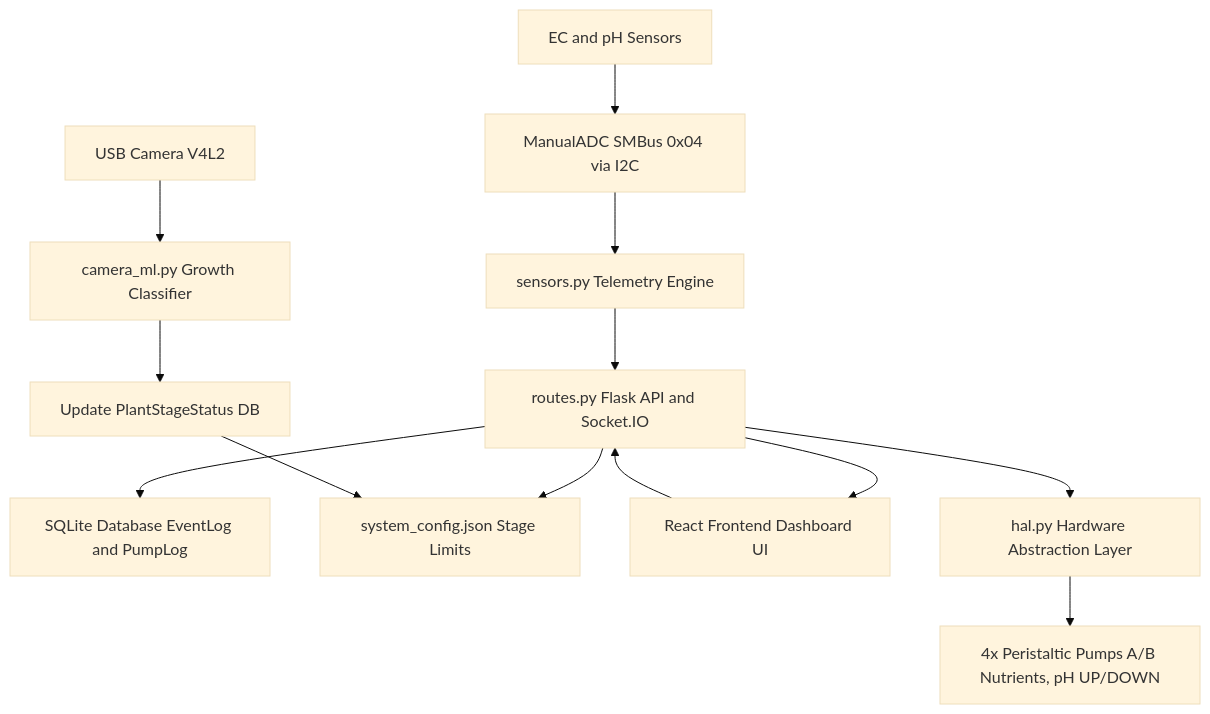
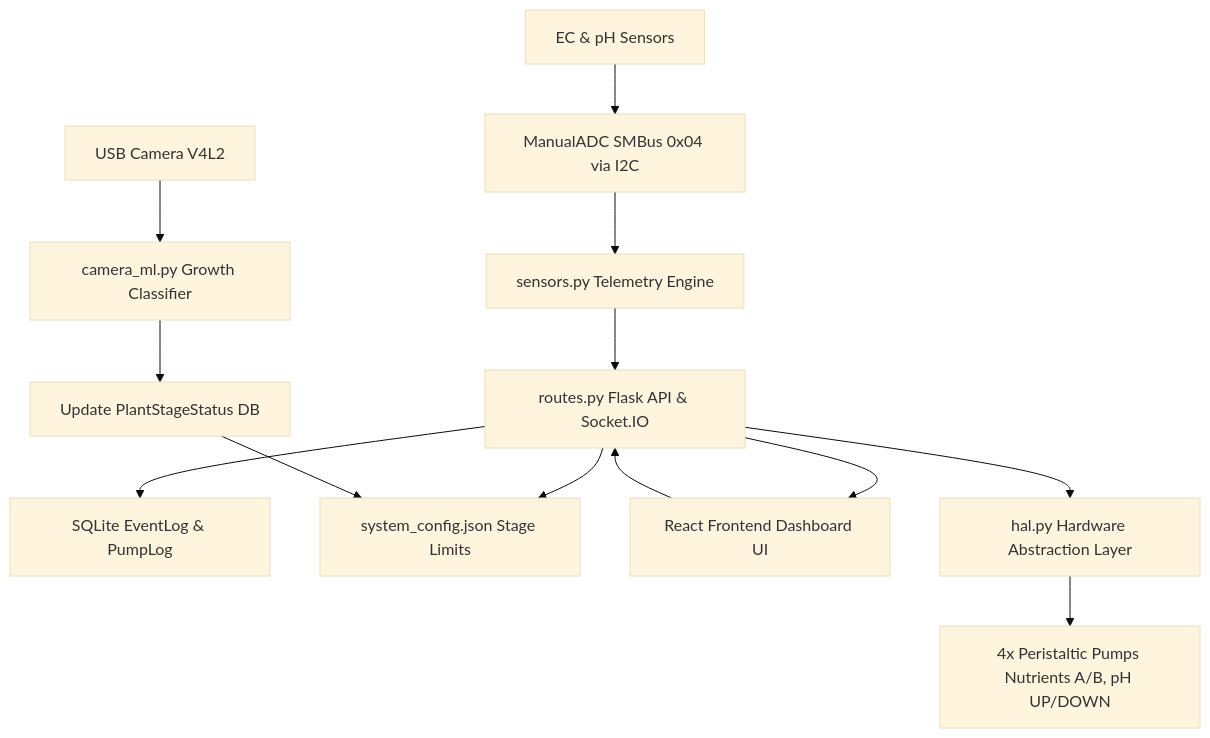
One commit to CyberShadowSensei/PRANA1-hydroagrix-ai-dosing-controller changed the diagram in README.md. Above: the diagram before and after it, drawn with Mermaid (base theme). The commit also changed other lines of this file, not shown here.

````diff
--- a/README.md
+++ b/README.md
@@ -11,15 +11,15 @@
 ```mermaid
 graph TD
-    A[EC and pH Sensors] --> B[ManualADC SMBus 0x04 via I2C]
+    A[EC & pH Sensors] --> B[ManualADC SMBus 0x04 via I2C]
     B --> C[sensors.py Telemetry Engine]
-    C --> D[routes.py Flask API and Socket.IO]
-    D --> E[SQLite Database EventLog and PumpLog]
+    C --> D[routes.py Flask API & Socket.IO]
+    D --> E[SQLite EventLog & PumpLog]
     D --> F[system_config.json Stage Limits]
     G[USB Camera V4L2] --> H[camera_ml.py Growth Classifier]
     H --> I[Update PlantStageStatus DB]
     I --> F
     D --> J[React Frontend Dashboard UI]
     J --> D
     D --> K[hal.py Hardware Abstraction Layer]
-    K --> L[4x Peristaltic Pumps A/B Nutrients, pH UP/DOWN]
+    K --> L[4x Peristaltic Pumps Nutrients A/B, pH UP/DOWN]
 ```
````
